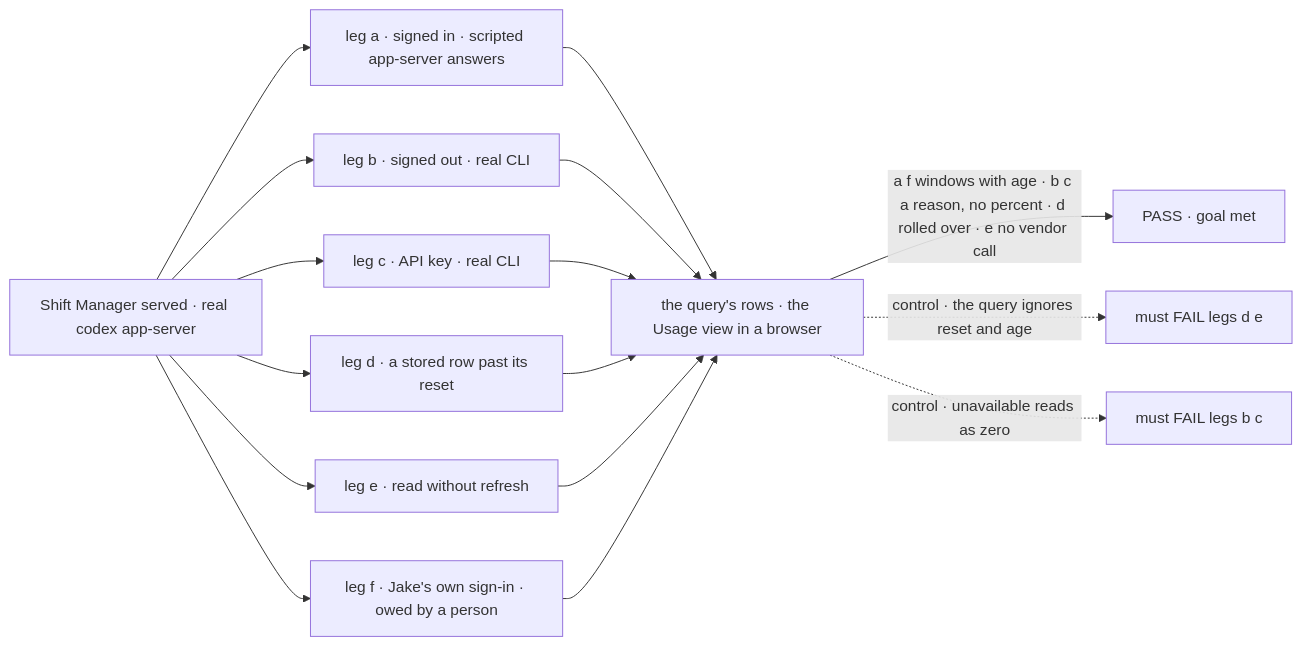
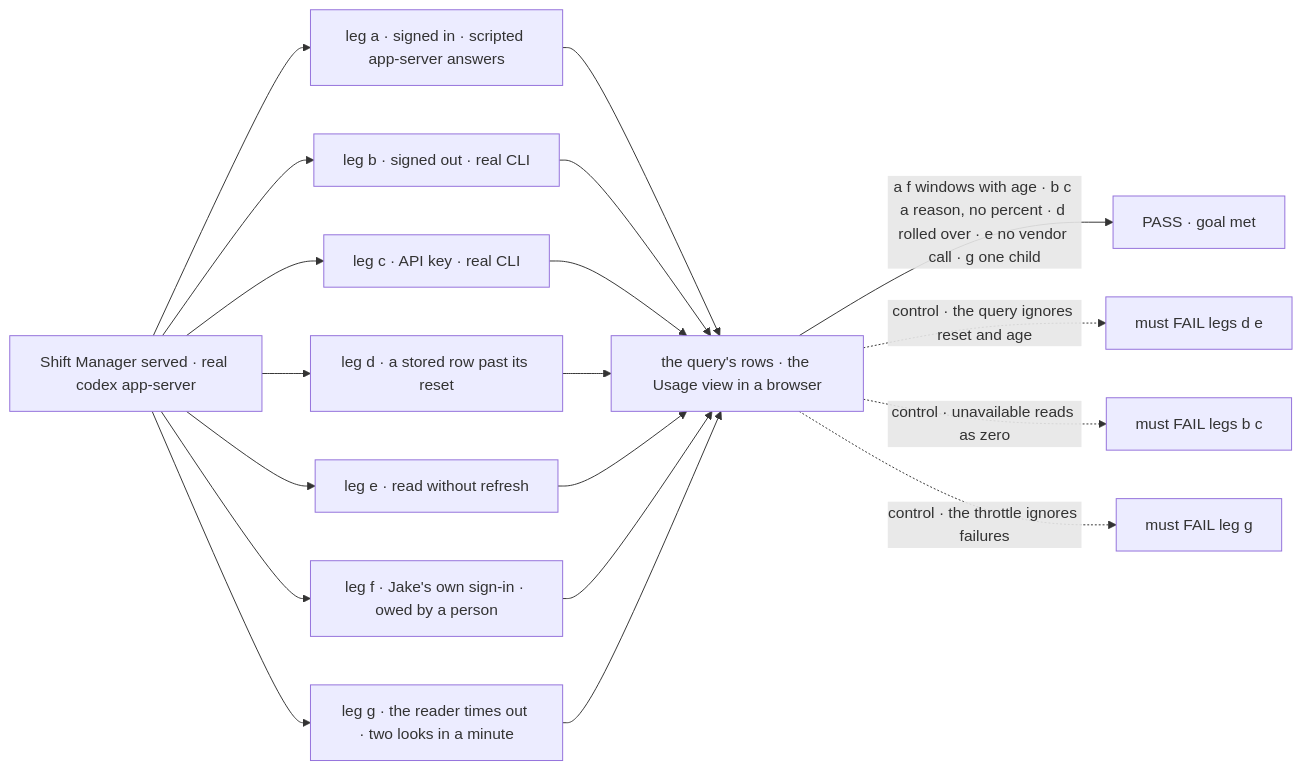
Before and after one commit to fixpoint-labs/flow-state-dev: the first of 2 diagrams in specs/issues/FIX-2141/SPEC.md, drawn with Mermaid. The commit also changed other lines of this file and 4 other files, not shown here.

````diff
--- a/specs/issues/FIX-2141/SPEC.md
+++ b/specs/issues/FIX-2141/SPEC.md
@@ -28,18 +28,21 @@
 ```mermaid
 flowchart LR
   A["Shift Manager served · real codex app-server"] --> L1["leg a · signed in · scripted app-server answers"]
   A --> L2["leg b · signed out · real CLI"]
   A --> L3["leg c · API key · real CLI"]
   A --> L4["leg d · a stored row past its reset"]
   A --> L5["leg e · read without refresh"]
   A --> L6["leg f · Jake's own sign-in · owed by a person"]
+  A --> L7["leg g · the reader times out · two looks in a minute"]
   L1 --> R["the query's rows · the Usage view in a browser"]
   L2 --> R
   L3 --> R
   L4 --> R
   L5 --> R
   L6 --> R
-  R -->|"a f windows with age · b c a reason, no percent · d rolled over · e no vendor call"| P["PASS · goal met"]
+  L7 --> R
+  R -->|"a f windows with age · b c a reason, no percent · d rolled over · e no vendor call · g one child"| P["PASS · goal met"]
   R -.->|"control · the query ignores reset and age"| F["must FAIL legs d e"]
   R -.->|"control · unavailable reads as zero"| F2["must FAIL legs b c"]
+  R -.->|"control · the throttle ignores failures"| F3["must FAIL leg g"]
 ```
````
